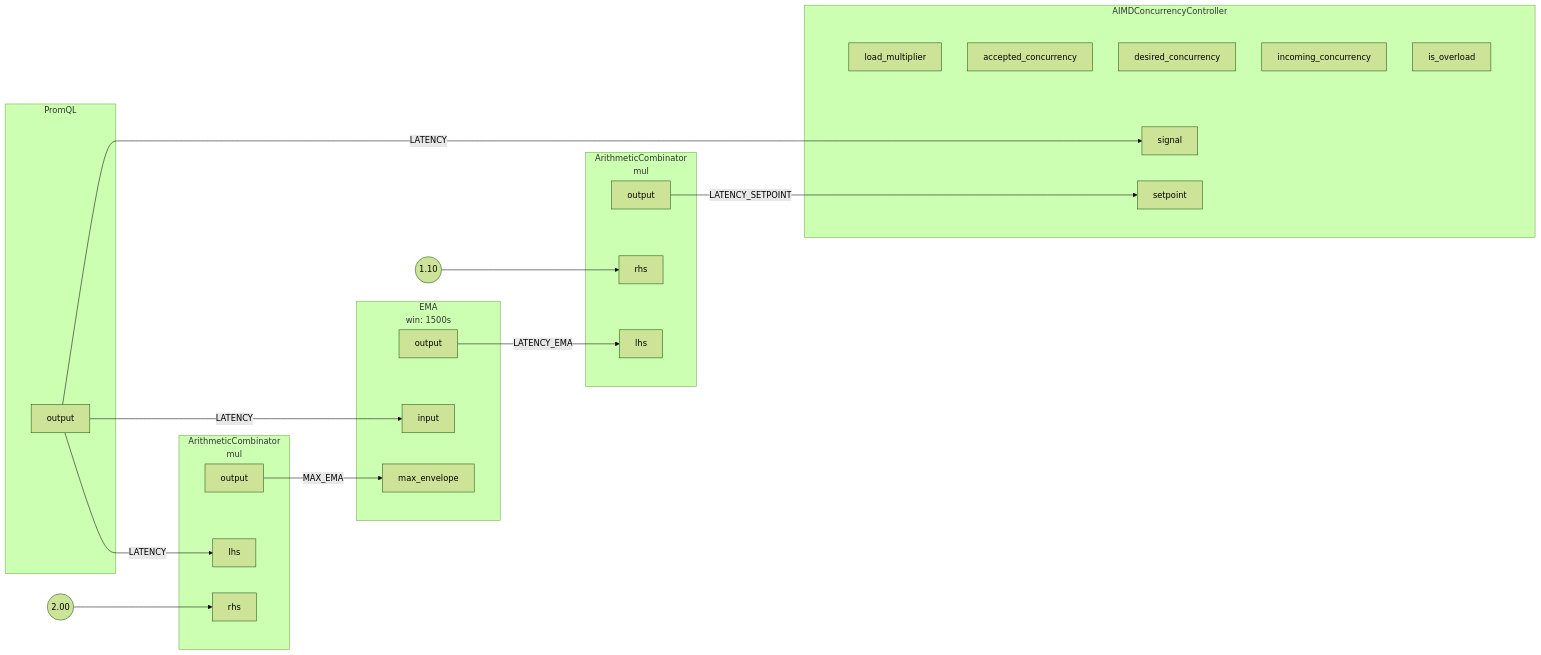
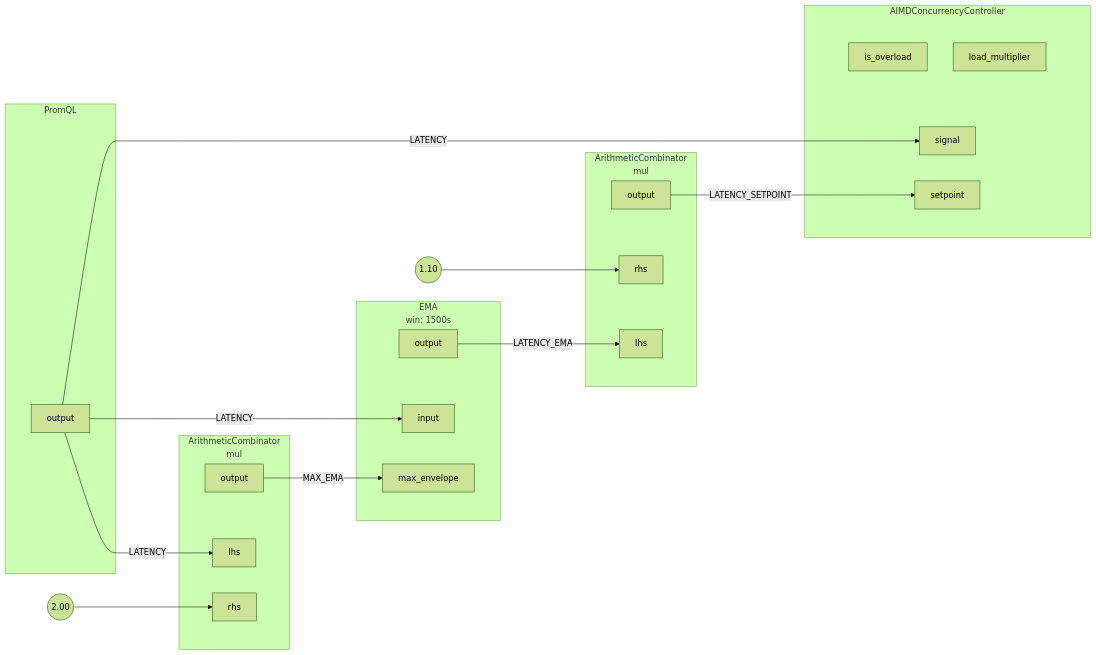
One commit to dataongunlaws/aperture changed the diagram in docs/content/tutorials/integrations/flow-control/concurrency-limiting/assets/workload-prioritization/workload-prioritization.mmd. Above: the diagram before and after it, drawn with Mermaid (forest theme). The commit also changed 28 other files, not shown here.

```diff
--- a/docs/content/tutorials/integrations/flow-control/concurrency-limiting/assets/workload-prioritization/workload-prioritization.mmd
+++ b/docs/content/tutorials/integrations/flow-control/concurrency-limiting/assets/workload-prioritization/workload-prioritization.mmd
@@ -1,65 +1,62 @@
 flowchart LR
 subgraph root.0[PromQL]
 subgraph root.0_outports[ ]
 style root.0_outports fill:none,stroke:none
 root.0output[output]
 end
 end
 subgraph root.1[<center>ArithmeticCombinator<br/>mul</center>]
 subgraph root.1_inports[ ]
 style root.1_inports fill:none,stroke:none
 root.1lhs[lhs]
 root.1rhs[rhs]
 end
 subgraph root.1_outports[ ]
 style root.1_outports fill:none,stroke:none
 root.1output[output]
 end
 end
 FakeConstant0((2.00))
 FakeConstant0 --> root.1rhs
 subgraph root.2[<center>ArithmeticCombinator<br/>mul</center>]
 subgraph root.2_inports[ ]
 style root.2_inports fill:none,stroke:none
+root.2lhs[lhs]
 root.2rhs[rhs]
-root.2lhs[lhs]
 end
 subgraph root.2_outports[ ]
 style root.2_outports fill:none,stroke:none
 root.2output[output]
 end
 end
 FakeConstant1((1.10))
 FakeConstant1 --> root.2rhs
 subgraph root.3[<center>EMA<br/>win: 1500s</center>]
 subgraph root.3_inports[ ]
 style root.3_inports fill:none,stroke:none
 root.3input[input]
 root.3max_envelope[max_envelope]
 end
 subgraph root.3_outports[ ]
 style root.3_outports fill:none,stroke:none
 root.3output[output]
 end
 end
 subgraph root.4[AIMDConcurrencyController]
 subgraph root.4_inports[ ]
 style root.4_inports fill:none,stroke:none
 root.4setpoint[setpoint]
 root.4signal[signal]
 end
 subgraph root.4_outports[ ]
 style root.4_outports fill:none,stroke:none
+root.4is_overload[is_overload]
 root.4load_multiplier[load_multiplier]
-root.4accepted_concurrency[accepted_concurrency]
-root.4desired_concurrency[desired_concurrency]
-root.4incoming_concurrency[incoming_concurrency]
-root.4is_overload[is_overload]
 end
 end
-root.3output --> |LATENCY_EMA| root.2lhs
-root.1output --> |MAX_EMA| root.3max_envelope
-root.2output --> |LATENCY_SETPOINT| root.4setpoint
 root.0output --> |LATENCY| root.1lhs
 root.0output --> |LATENCY| root.3input
 root.0output --> |LATENCY| root.4signal
+root.1output --> |MAX_EMA| root.3max_envelope
+root.2output --> |LATENCY_SETPOINT| root.4setpoint
+root.3output --> |LATENCY_EMA| root.2lhs
```
